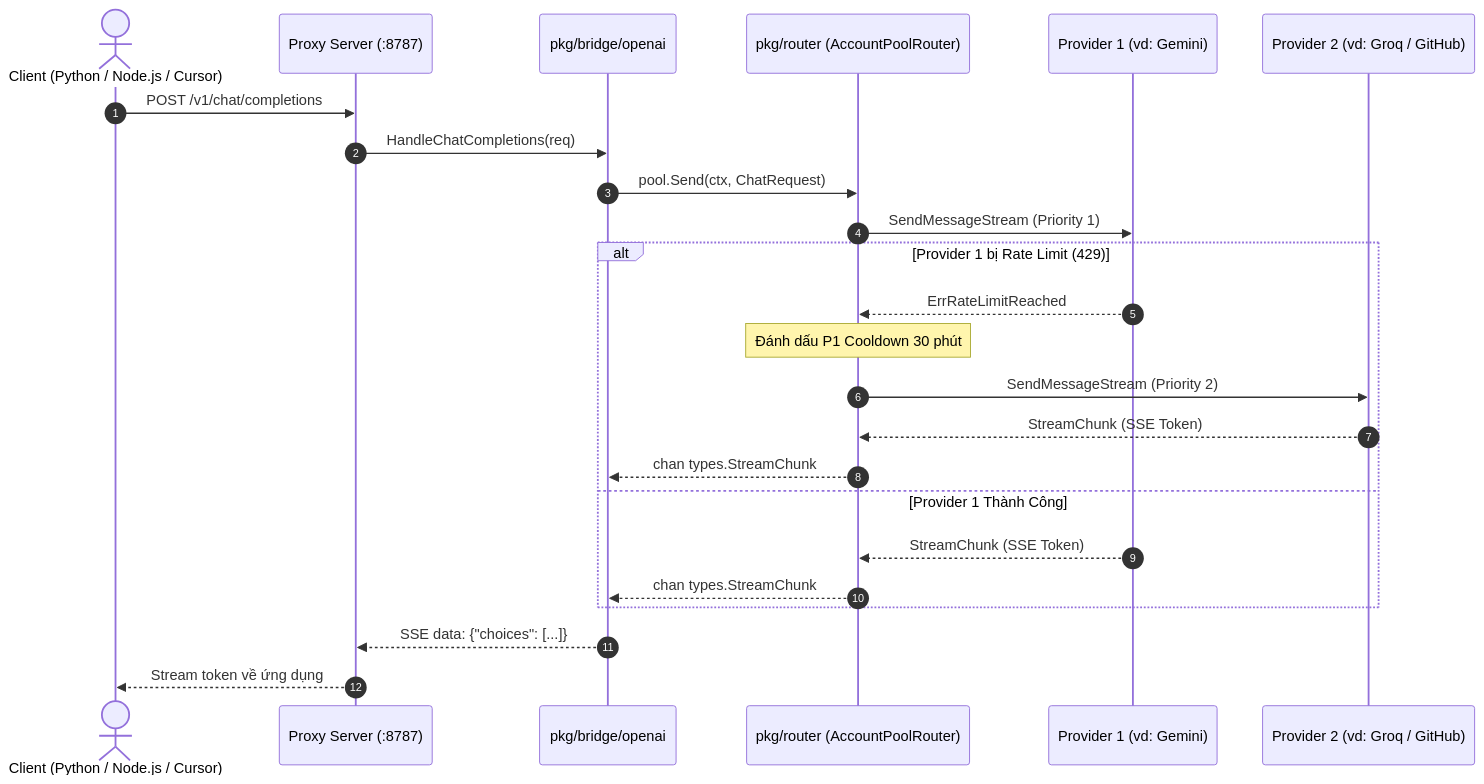
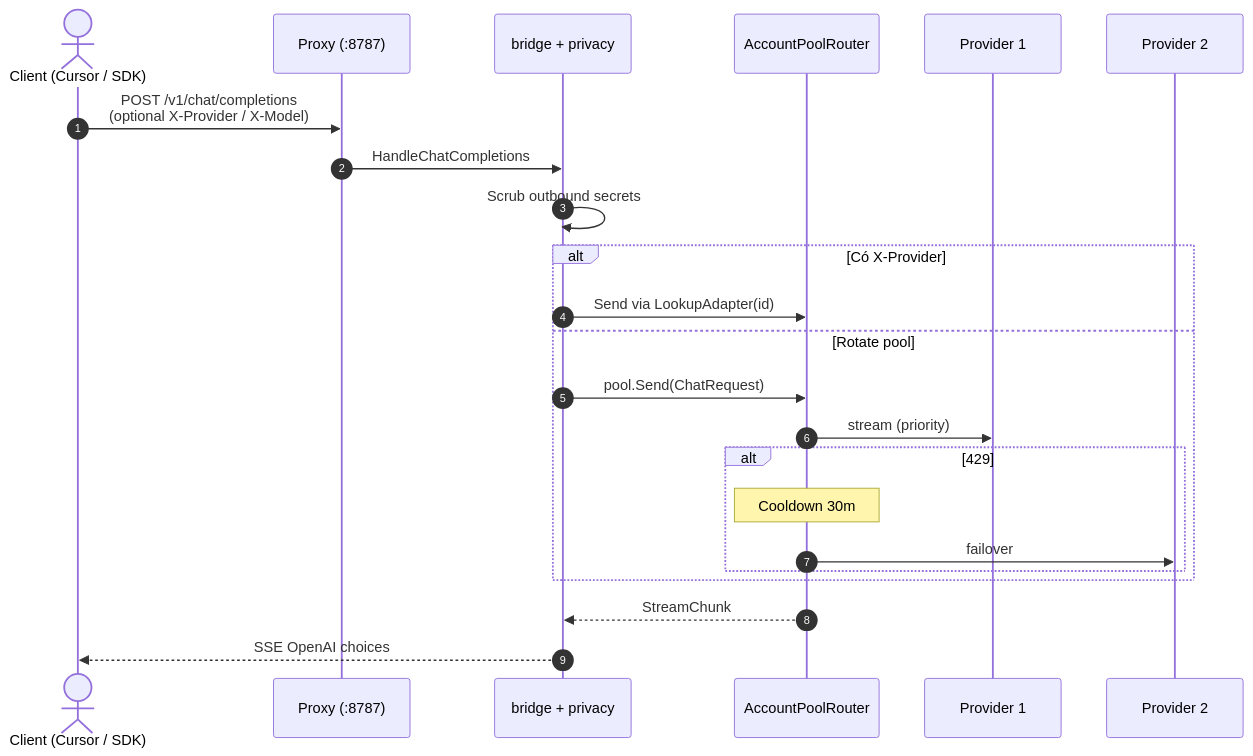
One commit to ninhlee99/ai-cli-accounts changed the first of 2 diagrams in STRUCT.md. Above: the diagram before and after it, drawn with Mermaid. The commit also changed other lines of this file and 2 other files, not shown here.

First line of the commit message:
docs: sync README and STRUCT with pool off/on

````diff
--- a/STRUCT.md
+++ b/STRUCT.md
@@ -117,27 +144,26 @@
 ```mermaid
 sequenceDiagram
     autonumber
-    actor App as Client (Python / Node.js / Cursor)
-    participant Proxy as Proxy Server (:8787)
-    participant Bridge as pkg/bridge/openai
-    participant Router as pkg/router (AccountPoolRouter)
-    participant P1 as Provider 1 (vd: Gemini)
-    participant P2 as Provider 2 (vd: Groq / GitHub)
+    actor App as Client (Cursor / SDK)
+    participant Proxy as Proxy (:8787)
+    participant Bridge as bridge + privacy
+    participant Router as AccountPoolRouter
+    participant P1 as Provider 1
+    participant P2 as Provider 2
 
-    App->>Proxy: POST /v1/chat/completions
-    Proxy->>Bridge: HandleChatCompletions(req)
-    Bridge->>Router: pool.Send(ctx, ChatRequest)
-    Router->>P1: SendMessageStream (Priority 1)
-    alt Provider 1 bị Rate Limit (429)
-        P1-->>Router: ErrRateLimitReached
-        Note over Router: Đánh dấu P1 Cooldown 30 phút
-        Router->>P2: SendMessageStream (Priority 2)
-        P2-->>Router: StreamChunk (SSE Token)
-        Router-->>Bridge: chan types.StreamChunk
-    else Provider 1 Thành Công
-        P1-->>Router: StreamChunk (SSE Token)
-        Router-->>Bridge: chan types.StreamChunk
+    App->>Proxy: POST /v1/chat/completions<br/>(optional X-Provider / X-Model)
+    Proxy->>Bridge: HandleChatCompletions
+    Bridge->>Bridge: Scrub outbound secrets
+    alt Có X-Provider
+        Bridge->>Router: Send via LookupAdapter(id)
+    else Rotate pool
+        Bridge->>Router: pool.Send(ChatRequest)
+        Router->>P1: stream (priority)
+        alt 429
+            Note over Router: Cooldown 30m
+            Router->>P2: failover
+        end
     end
-    Bridge-->>Proxy: SSE data: {"choices": [...]}
-    Proxy-->>App: Stream token về ứng dụng
+    Router-->>Bridge: StreamChunk
+    Bridge-->>App: SSE OpenAI choices
 ```
````
